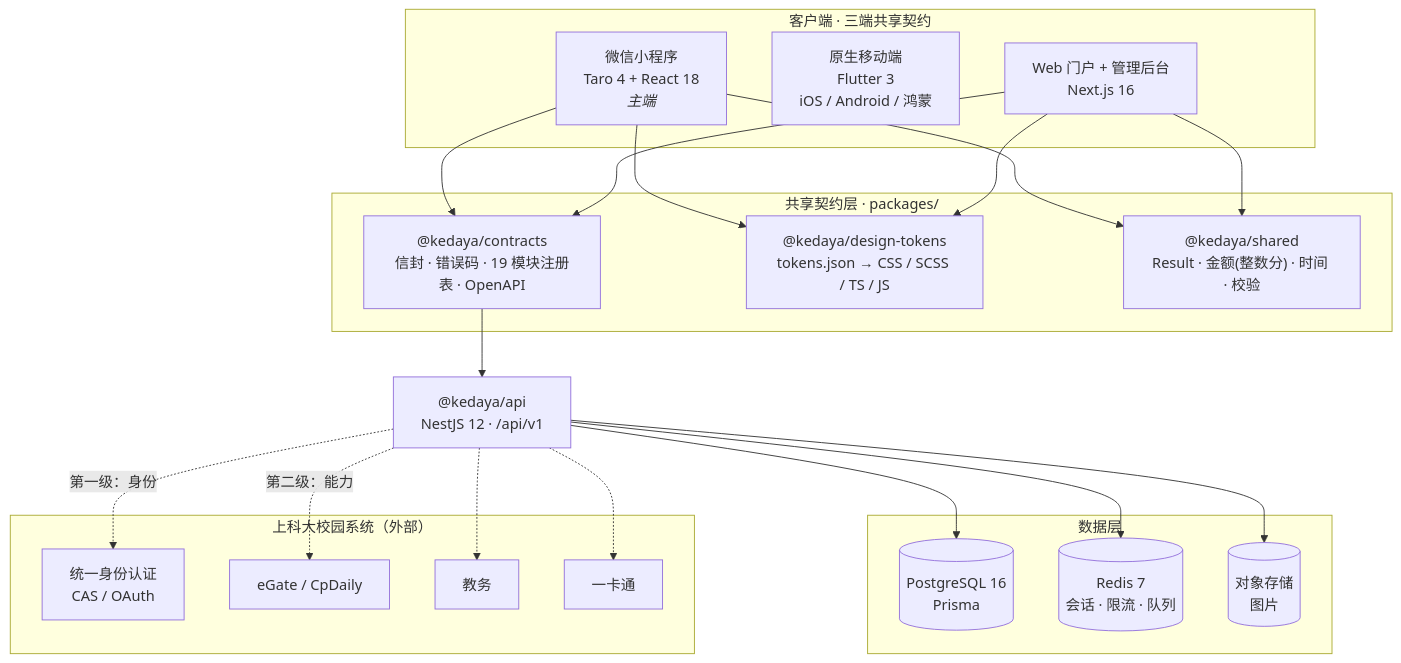
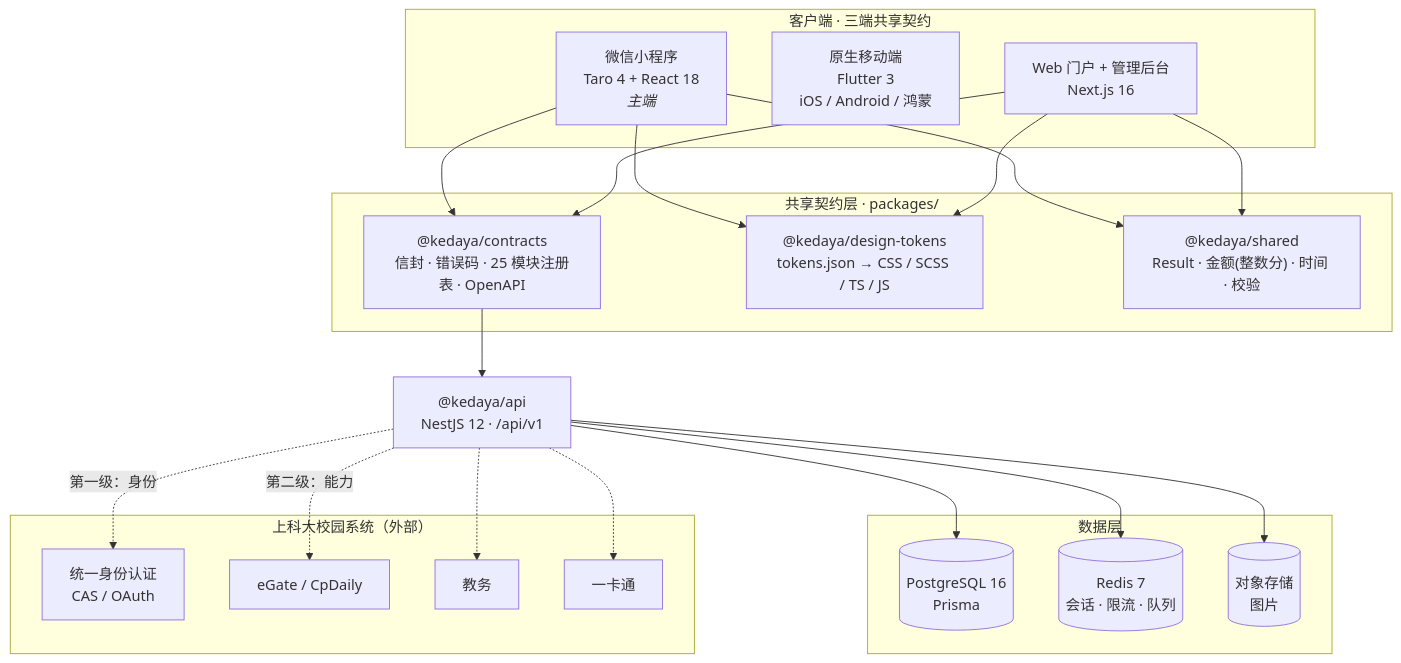
One commit to tzhazuma/kedaya changed the diagram in README.md. Above: the diagram before and after it, drawn with Mermaid. The commit also changed other lines of this file and 176 other files, not shown here.

````diff
--- a/README.md
+++ b/README.md
@@ -151,45 +176,45 @@
 ```mermaid
 graph TB
     subgraph clients["客户端 · 三端共享契约"]
         MP["微信小程序<br/>Taro 4 + React 18<br/><i>主端</i>"]
         MB["原生移动端<br/>Flutter 3<br/>iOS / Android / 鸿蒙"]
         WEB["Web 门户 + 管理后台<br/>Next.js 16"]
     end
 
     subgraph shared["共享契约层 · packages/"]
-        CON["@kedaya/contracts<br/>信封 · 错误码 · 19 模块注册表 · OpenAPI"]
+        CON["@kedaya/contracts<br/>信封 · 错误码 · 25 模块注册表 · OpenAPI"]
         TOK["@kedaya/design-tokens<br/>tokens.json → CSS / SCSS / TS / JS"]
         SHR["@kedaya/shared<br/>Result · 金额(整数分) · 时间 · 校验"]
     end
 
     API["@kedaya/api<br/>NestJS 12 · /api/v1"]
 
     subgraph data["数据层"]
         PG[("PostgreSQL 16<br/>Prisma")]
         RD[("Redis 7<br/>会话 · 限流 · 队列")]
         OSS[("对象存储<br/>图片")]
     end
 
     subgraph campus["上科大校园系统（外部）"]
         SSO["统一身份认证<br/>CAS / OAuth"]
         EGATE["eGate / CpDaily"]
         JW["教务"]
         CARD["一卡通"]
     end
 
     MP --> CON
     WEB --> CON
     MP --> TOK
     WEB --> TOK
     MP --> SHR
     WEB --> SHR
 
     CON --> API
     API --> PG
     API --> RD
     API --> OSS
     API -.->|第一级：身份| SSO
     API -.->|第二级：能力| EGATE
     API -.-> JW
     API -.-> CARD
 ```
````
